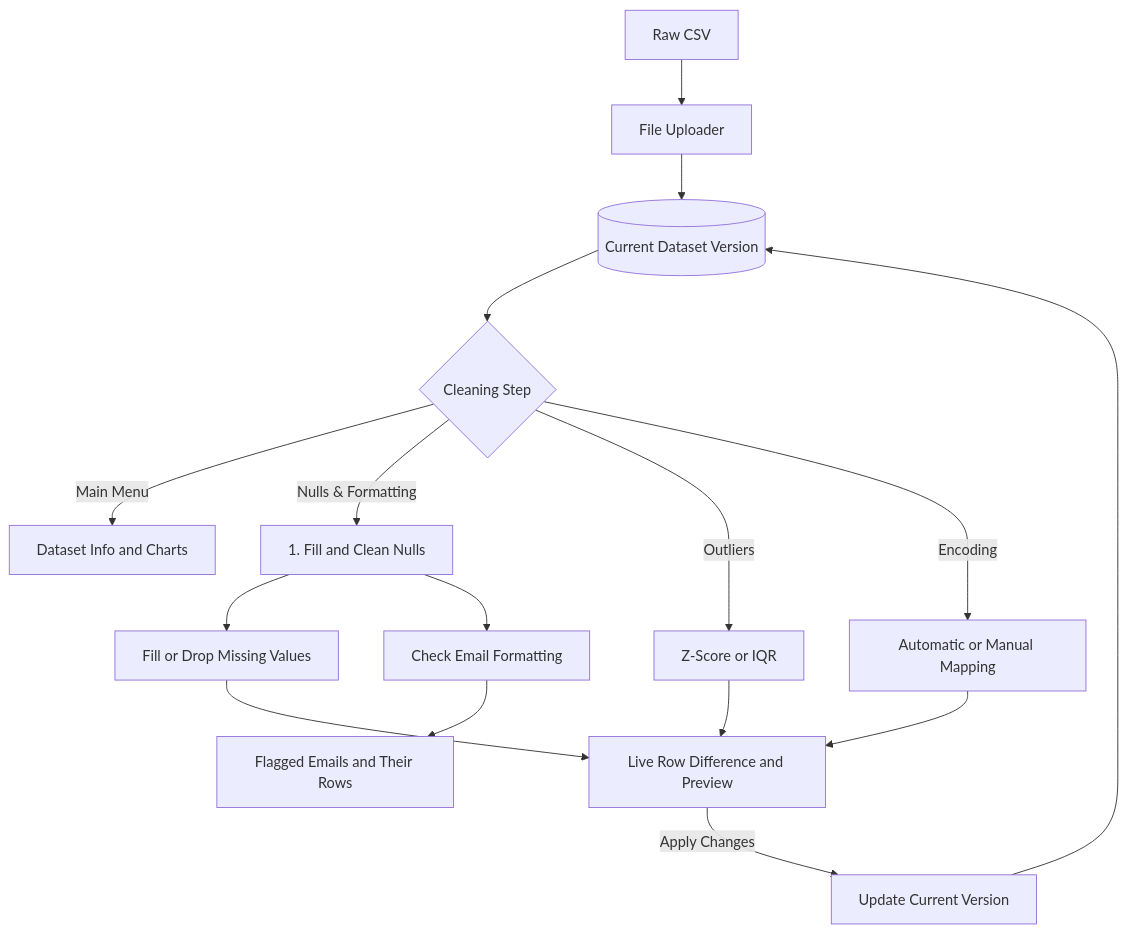
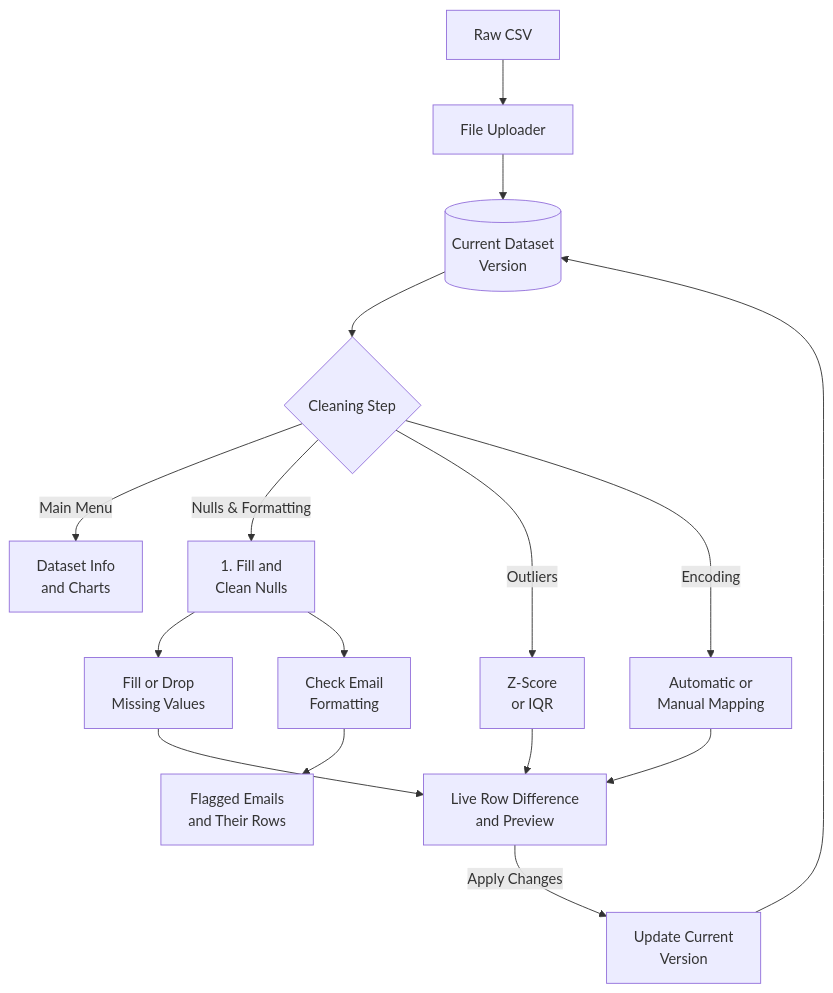
The first of 2 diagrams in README.md (aniketbhopale/DataLave), drawn with Mermaid before and after one commit. The commit also changed other lines of this file, not shown here.

Commit message:
minor flow change

````diff
--- a/README.md
+++ b/README.md
@@ -14,23 +14,23 @@
 ```mermaid
 
 flowchart TD
     A["Raw CSV"] --> B["File Uploader"]
-    B --> C[("Current Dataset Version")]
+    B --> C[("Current Dataset<br/>Version")]
     C --> D{"Cleaning Step"}
 
-    D -->|Main Menu| E["Dataset Info and Charts"]
-    D -->|Nulls & Formatting| M1["1. Fill and Clean Nulls"]
-    M1 --> F["Fill or Drop Missing Values"]
-    M1 --> F2["Check Email Formatting"]
-    D -->|Outliers| G["Z-Score or IQR"]
-    D -->|Encoding| H["Automatic or Manual Mapping"]
+    D -->|Main Menu| E["Dataset Info<br/>and Charts"]
+    D -->|Nulls & Formatting| M1["1. Fill and<br/>Clean Nulls"]
+    M1 --> F["Fill or Drop<br/>Missing Values"]
+    M1 --> F2["Check Email<br/>Formatting"]
+    D -->|Outliers| G["Z-Score<br/>or IQR"]
+    D -->|Encoding| H["Automatic or<br/>Manual Mapping"]
 
-    F --> I["Live Row Difference and Preview"]
-    F2 --> I2["Flagged Emails and Their Rows"]
+    F --> I["Live Row Difference<br/>and Preview"]
+    F2 --> I2["Flagged Emails<br/>and Their Rows"]
     G --> I
     H --> I
 
-    I -->|Apply Changes| J["Update Current Version"]
+    I -->|Apply Changes| J["Update Current<br/>Version"]
     J --> C
 
 ```
````
